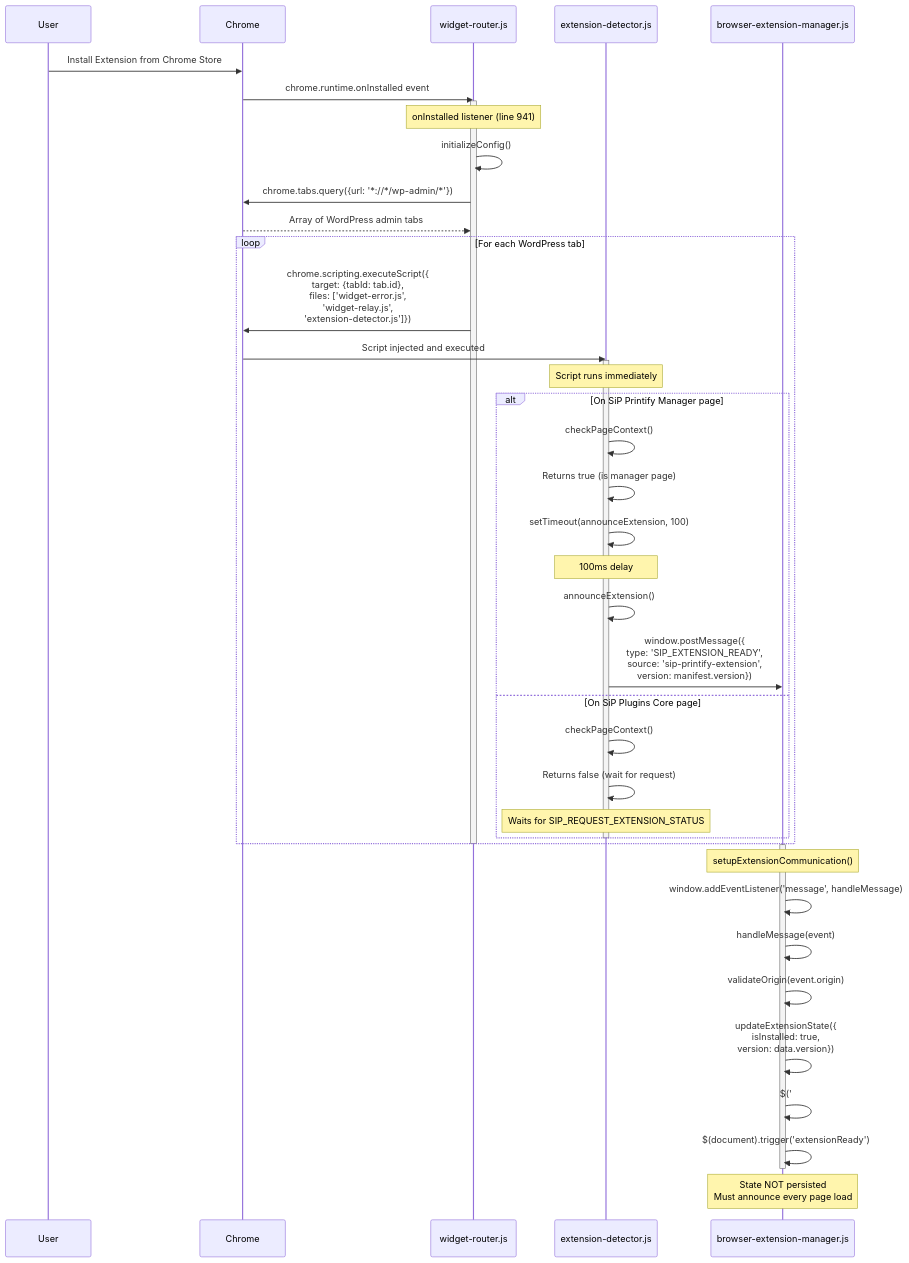
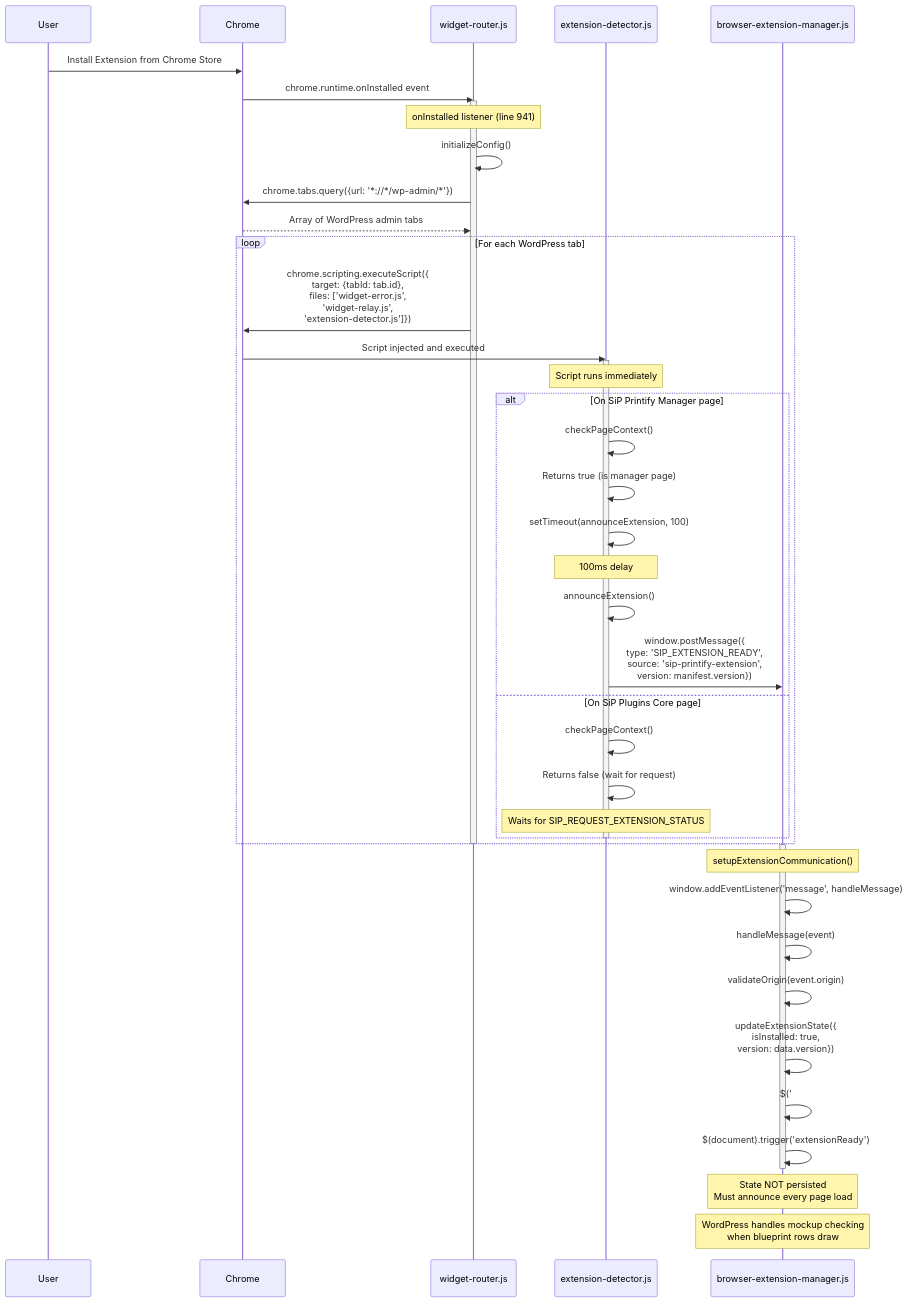
Before and after one commit to tdemelle-SiP/.claude: the sixth of 14 diagrams in guidelines/sip-printify-manager-extension-widget-v3.md, drawn with Mermaid. The commit also changed other lines of this file and 2 other files, not shown here.

First line of the commit message:
1. Relay no longer wraps data ✓   - Updated diagram shows "validates & forwards" instead of "validates & wraps"   - Message flow diagram shows direct forwarding   - Transform reason explains router converts format, not relay

````diff
--- a/guidelines/sip-printify-manager-extension-widget-v3.md
+++ b/guidelines/sip-printify-manager-extension-widget-v3.md
@@ -918,54 +925,55 @@
 ```mermaid
 sequenceDiagram
     participant User
     participant Chrome
     participant Router as widget-router.js
     participant Detector as extension-detector.js
     participant BEM as browser-extension-manager.js
     
     User->>Chrome: Install Extension from Chrome Store
     Chrome->>Router: chrome.runtime.onInstalled event
     
     activate Router
     Note over Router: onInstalled listener (line 941)
     Router->>Router: initializeConfig()
     Router->>Chrome: chrome.tabs.query({url: '*://*/wp-admin/*'})
     Chrome-->>Router: Array of WordPress admin tabs
     
     loop For each WordPress tab
         Router->>Chrome: chrome.scripting.executeScript({<br/>target: {tabId: tab.id},<br/>files: ['widget-error.js',<br/>'widget-relay.js',<br/>'extension-detector.js']})
         
         Chrome->>Detector: Script injected and executed
         activate Detector
         Note over Detector: Script runs immediately
         
         alt On SiP Printify Manager page
             Detector->>Detector: checkPageContext()
             Detector->>Detector: Returns true (is manager page)
             Detector->>Detector: setTimeout(announceExtension, 100)
             
             Note over Detector: 100ms delay
             
             Detector->>Detector: announceExtension()
             Detector->>BEM: window.postMessage({<br/>type: 'SIP_EXTENSION_READY',<br/>source: 'sip-printify-extension',<br/>version: manifest.version})
         else On SiP Plugins Core page
             Detector->>Detector: checkPageContext()
             Detector->>Detector: Returns false (wait for request)
             Note over Detector: Waits for SIP_REQUEST_EXTENSION_STATUS
         end
         deactivate Detector
     end
     deactivate Router
     
     activate BEM
     Note over BEM: setupExtensionCommunication()
     BEM->>BEM: window.addEventListener('message', handleMessage)
     BEM->>BEM: handleMessage(event)
     BEM->>BEM: validateOrigin(event.origin)
     BEM->>BEM: updateExtensionState({<br/>isInstalled: true,<br/>version: data.version})
     BEM->>BEM: $('#install-extension-section').hide()
     BEM->>BEM: $(document).trigger('extensionReady')
     deactivate BEM
     
     Note over BEM: State NOT persisted<br/>Must announce every page load
+    Note over BEM: WordPress handles mockup checking<br/>when blueprint rows draw
 ```
````
